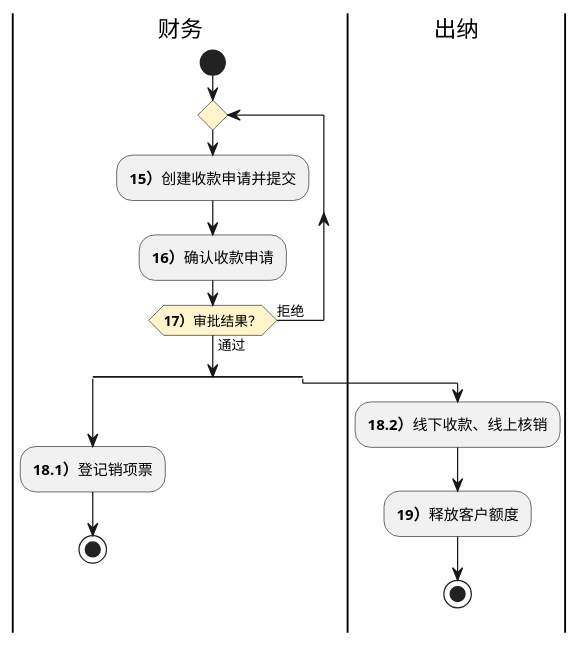
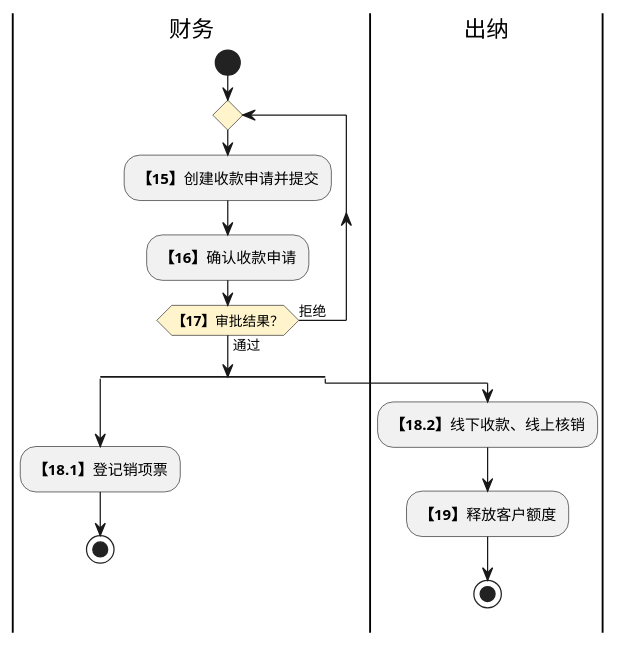
One commit to jack888332/projects-doc changed the third of 4 diagrams in product-caliber/goldjet/segmented-prd/PRD.高捷物流系统一期.第022篇.财务基础与结算流程.40E841D3A6.md. Above: the diagram before and after it, drawn with PlantUML. The commit also changed other lines of this file and 12 other files, not shown here.

Commit message:
完善DSL图

````diff
--- a/product-caliber/goldjet/segmented-prd/PRD.高捷物流系统一期.第022篇.财务基础与结算流程.40E841D3A6.md
+++ b/product-caliber/goldjet/segmented-prd/PRD.高捷物流系统一期.第022篇.财务基础与结算流程.40E841D3A6.md
@@ -141,20 +157,20 @@
 ```plantuml
 @startuml goldjet-022-receipt-confirmation
 skinparam activityDiamondBackgroundColor #FFF4CC
 |财务|
 start
 repeat
-  :**15）**创建收款申请并提交;
-  :**16）**确认收款申请;
-repeat while (**17）**审批结果？) is (拒绝) not (通过)
+  :**【15】**创建收款申请并提交;
+  :**【16】**确认收款申请;
+repeat while (**【17】**审批结果？) is (拒绝) not (通过)
 split
-  :**18.1）**登记销项票;
+  :**【18.1】**登记销项票;
   stop
 split again
   |出纳|
-  :**18.2）**线下收款、线上核销;
-  :**19）**释放客户额度;
+  :**【18.2】**线下收款、线上核销;
+  :**【19】**释放客户额度;
   stop
 end split
 @enduml
 ```
````
